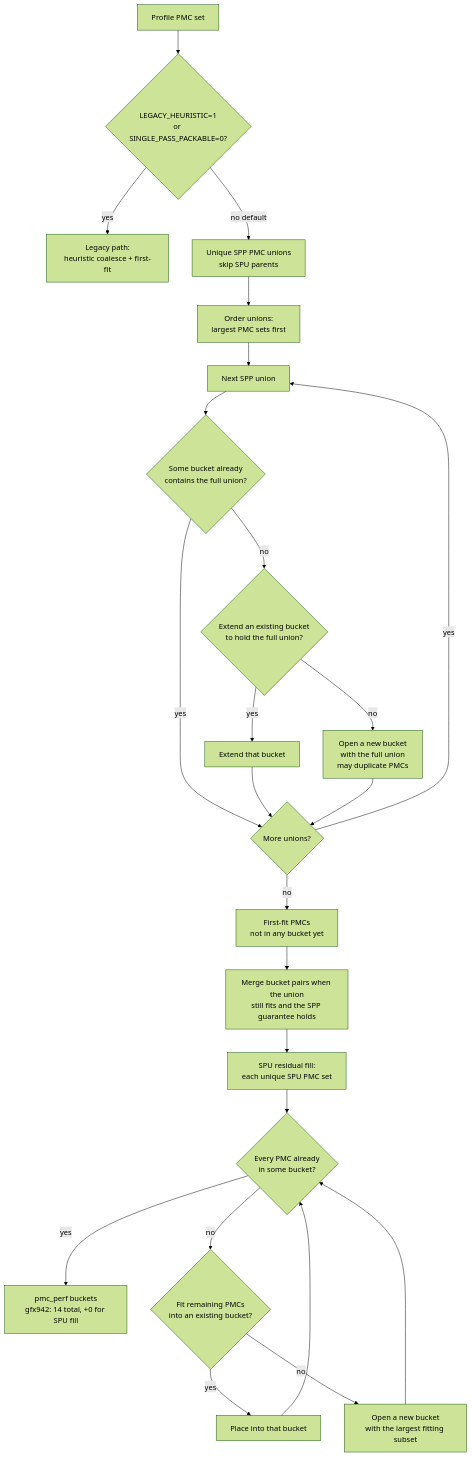
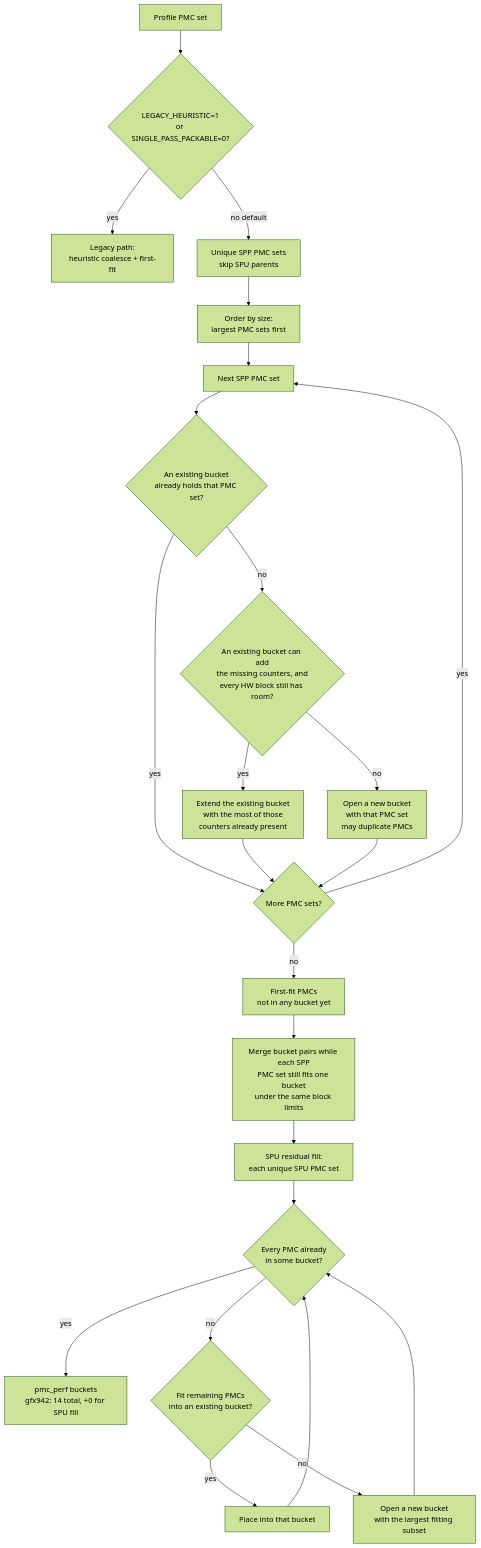
The diagram in projects/rocprofiler-compute/docs/single-pass_packable_and_unpackable/lld-metrics grouping algorithm.md (DeanTMaxim/rocm-systems), drawn with Mermaid (forest theme) before and after one commit. The commit also changed other lines of this file, not shown here.

First line of the commit message:
[rocprofiler-compute] Clarify how SPP sets fill existing buckets

````diff
--- a/projects/rocprofiler-compute/docs/single-pass_packable_and_unpackable/lld-metrics grouping algorithm.md
+++ b/projects/rocprofiler-compute/docs/single-pass_packable_and_unpackable/lld-metrics grouping algorithm.md
@@ -34,26 +39,26 @@
 ```mermaid
 flowchart TD
   A[Profile PMC set] --> B{LEGACY_HEURISTIC=1<br/>or SINGLE_PASS_PACKABLE=0?}
   B -->|yes| SH[Legacy path:<br/>heuristic coalesce + first-fit]
-  B -->|no default| U[Unique SPP PMC unions<br/>skip SPU parents]
-  U --> O[Order unions:<br/>largest PMC sets first]
-  O --> L[Next SPP union]
-  L --> H{Some bucket already<br/>contains the full union?}
-  H -->|yes| M{More unions?}
-  H -->|no| E{Extend an existing bucket<br/>to hold the full union?}
-  E -->|yes| X[Extend that bucket]
-  E -->|no| N[Open a new bucket<br/>with the full union<br/>may duplicate PMCs]
+  B -->|no default| U[Unique SPP PMC sets<br/>skip SPU parents]
+  U --> O[Order by size:<br/>largest PMC sets first]
+  O --> L[Next SPP PMC set]
+  L --> H{An existing bucket<br/>already holds that PMC set?}
+  H -->|yes| M{More PMC sets?}
+  H -->|no| E{An existing bucket can add<br/>the missing counters, and<br/>every HW block still has room?}
+  E -->|yes| X[Extend the existing bucket<br/>with the most of those<br/>counters already present]
+  E -->|no| N[Open a new bucket<br/>with that PMC set<br/>may duplicate PMCs]
   X --> M
   N --> M
   M -->|yes| L
   M -->|no| FF[First-fit PMCs<br/>not in any bucket yet]
-  FF --> R[Merge bucket pairs when the union<br/>still fits and the SPP guarantee holds]
+  FF --> R[Merge bucket pairs while each SPP<br/>PMC set still fits one bucket<br/>under the same block limits]
   R --> S[SPU residual fill:<br/>each unique SPU PMC set]
   S --> S1{Every PMC already<br/>in some bucket?}
   S1 -->|yes| G[pmc_perf buckets<br/>gfx942: 14 total, +0 for SPU fill]
   S1 -->|no| S2{Fit remaining PMCs<br/>into an existing bucket?}
   S2 -->|yes| S3[Place into that bucket]
   S2 -->|no| S4[Open a new bucket<br/>with the largest fitting subset]
   S3 --> S1
   S4 --> S1
 ```
````
